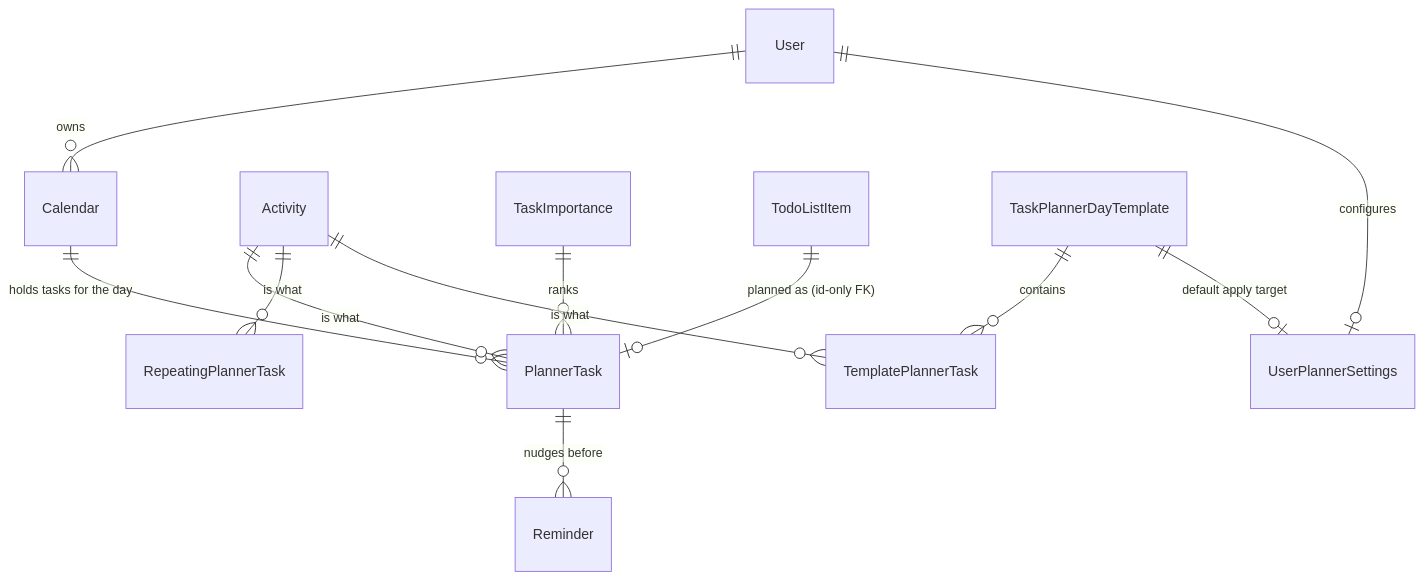
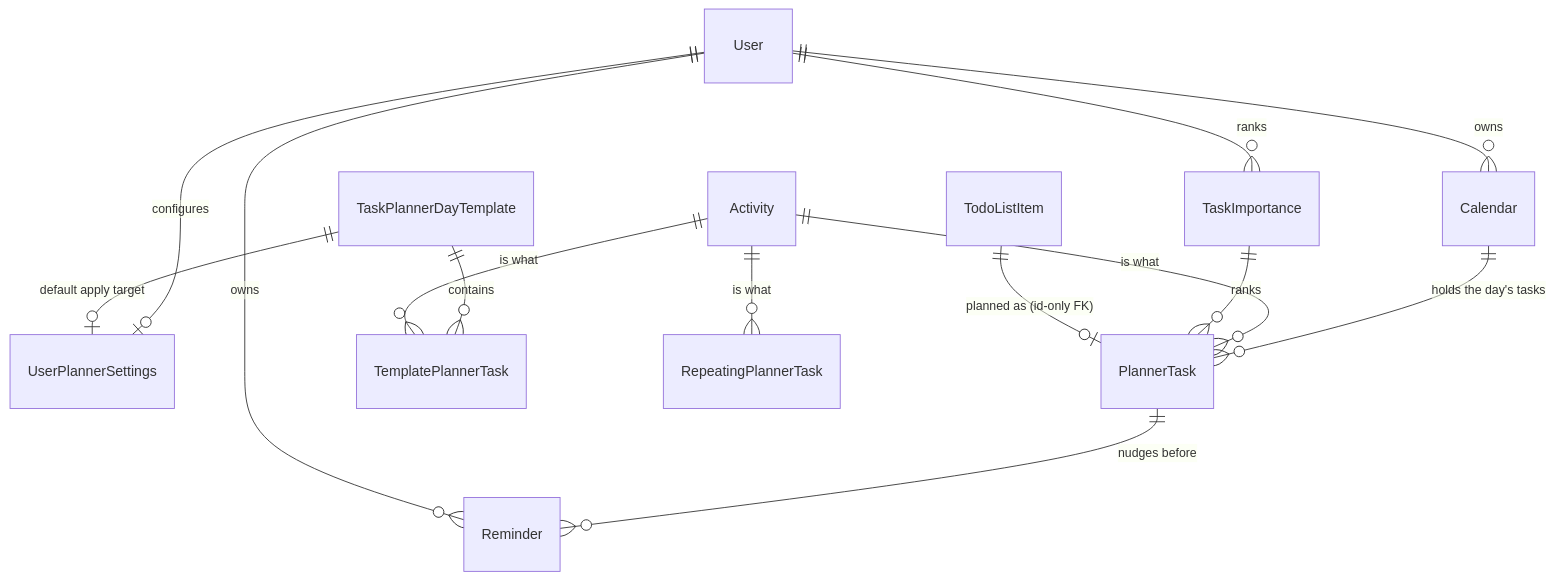
One commit to sydowwe/AdhdTimeOrganizer_backend changed the diagram in AdhdTimeOrganizer.Planning/docs/domain-map.md. Above: the diagram before and after it, drawn with Mermaid. The commit also changed other lines of this file and 3 other files, not shown here.

````diff
--- a/AdhdTimeOrganizer.Planning/docs/domain-map.md
+++ b/AdhdTimeOrganizer.Planning/docs/domain-map.md
@@ -7,14 +8,16 @@
 ```mermaid
 erDiagram
     User ||--o{ Calendar : owns
     User ||--o| UserPlannerSettings : configures
-    Calendar ||--o{ PlannerTask : "holds tasks for the day"
+    User ||--o{ TaskImportance : ranks
+    Calendar ||--o{ PlannerTask : "holds the day's tasks"
     Activity ||--o{ PlannerTask : "is what"
     TaskImportance ||--o{ PlannerTask : ranks
     TodoListItem ||--o| PlannerTask : "planned as (id-only FK)"
     TaskPlannerDayTemplate ||--o{ TemplatePlannerTask : contains
     TaskPlannerDayTemplate ||--o| UserPlannerSettings : "default apply target"
     Activity ||--o{ RepeatingPlannerTask : "is what"
     Activity ||--o{ TemplatePlannerTask : "is what"
     PlannerTask ||--o{ Reminder : "nudges before"
+    User ||--o{ Reminder : owns
 ```
````
